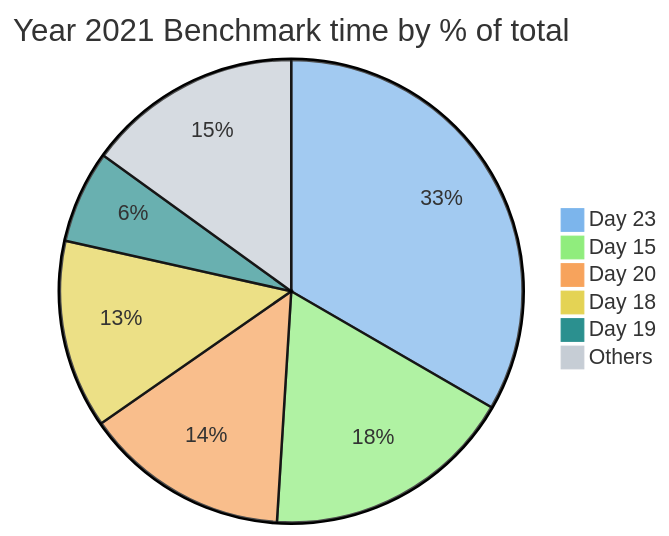
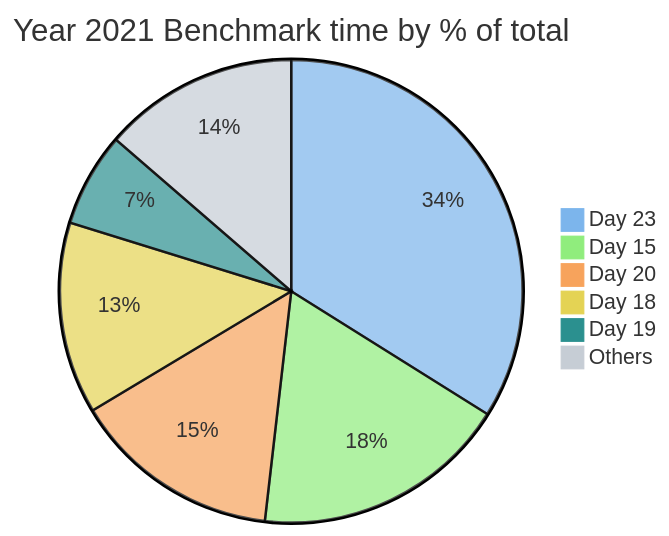
The third of 4 diagrams in README.md (maneatingape/advent-of-code-rust), drawn with Mermaid before and after one commit. The commit also changed other lines of this file and 1 other file, not shown here.

Commit message:
Much faster approach using vec instead of HashMap

````diff
--- a/README.md
+++ b/README.md
@@ -103,11 +103,11 @@
 ```mermaid
 %%{init: {'theme': 'base', 'themeVariables': { 'pie1': '#7cb5ec', 'pie2': '#90ed7d', 'pie3': '#f7a35c', 'pie4': '#e4d354', 'pie5': '#2b908f', 'pie6': '#c6cdd5'}}}%%
 pie
     title Year 2021 Benchmark time by % of total
     "Day 23" : 4821
     "Day 15" : 2547
     "Day 20" : 2072
     "Day 18" : 1904
     "Day 19" : 933
-    "Others" : 2174
+    "Others" : 1941
 ```
````
